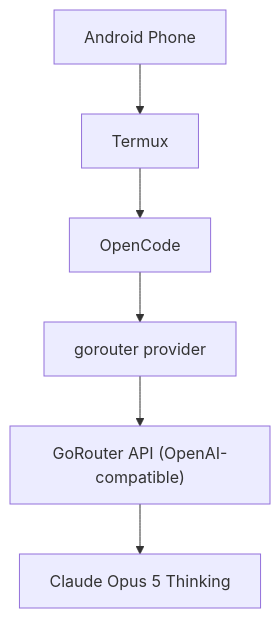
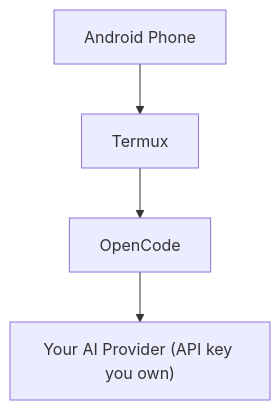
The diagram in README.md (jashwanth84/OpenCode-GoRouter-on-Termux), drawn with Mermaid before and after one commit. The commit also changed other lines of this file, not shown here.

````diff
--- a/README.md
+++ b/README.md
@@ -34,8 +22,6 @@
 ```mermaid
 flowchart TD
     A[Android Phone] --> B[Termux]
     B --> C[OpenCode]
-    C --> D["gorouter provider"]
-    D --> E["GoRouter API (OpenAI-compatible)"]
-    E --> F["Claude Opus 5 Thinking"]
+    C --> D["Your AI Provider (API key you own)"]
 ```
````
